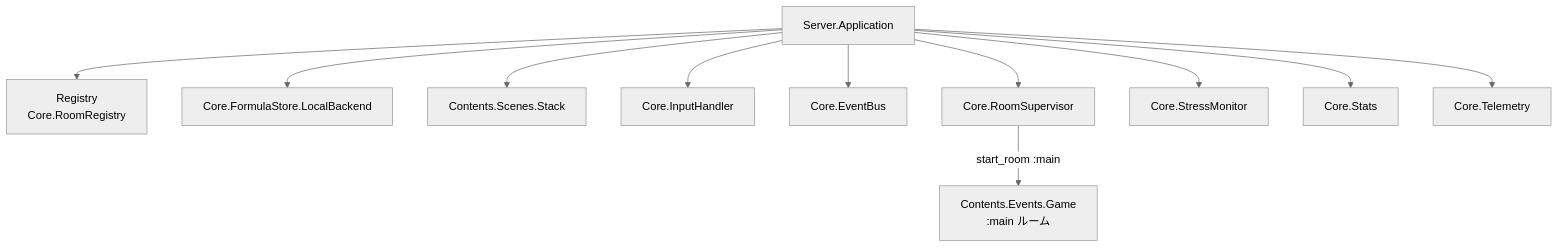
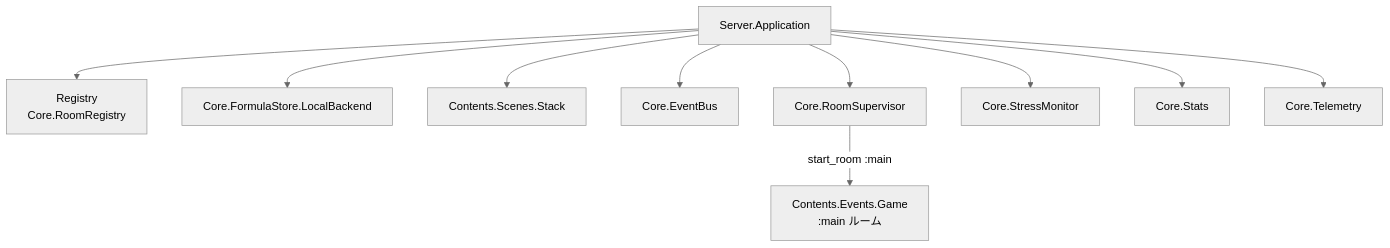
Before and after one commit to FRICK-ELDY/alchemy-engine: the second of 2 diagrams in docs/architecture/elixir/server.md, drawn with Mermaid (neutral theme). The commit also changed 7 other files, not shown here.

````diff
--- a/docs/architecture/elixir/server.md
+++ b/docs/architecture/elixir/server.md
@@ -29,25 +29,23 @@
 ```mermaid
 graph TD
     APP[Server.Application]
     REG[Registry<br/>Core.RoomRegistry]
     FS[Core.FormulaStore.LocalBackend]
     SS[Contents.Scenes.Stack]
-    IH[Core.InputHandler]
     EB[Core.EventBus]
     RS[Core.RoomSupervisor]
     GEV[Contents.Events.Game<br/>:main ルーム]
     MON[Core.StressMonitor]
     STATS[Core.Stats]
     TEL[Core.Telemetry]
 
     APP --> REG
     APP --> FS
     APP --> SS
-    APP --> IH
     APP --> EB
     APP --> RS
     RS -->|start_room :main| GEV
     APP --> MON
     APP --> STATS
     APP --> TEL
 ```
````
